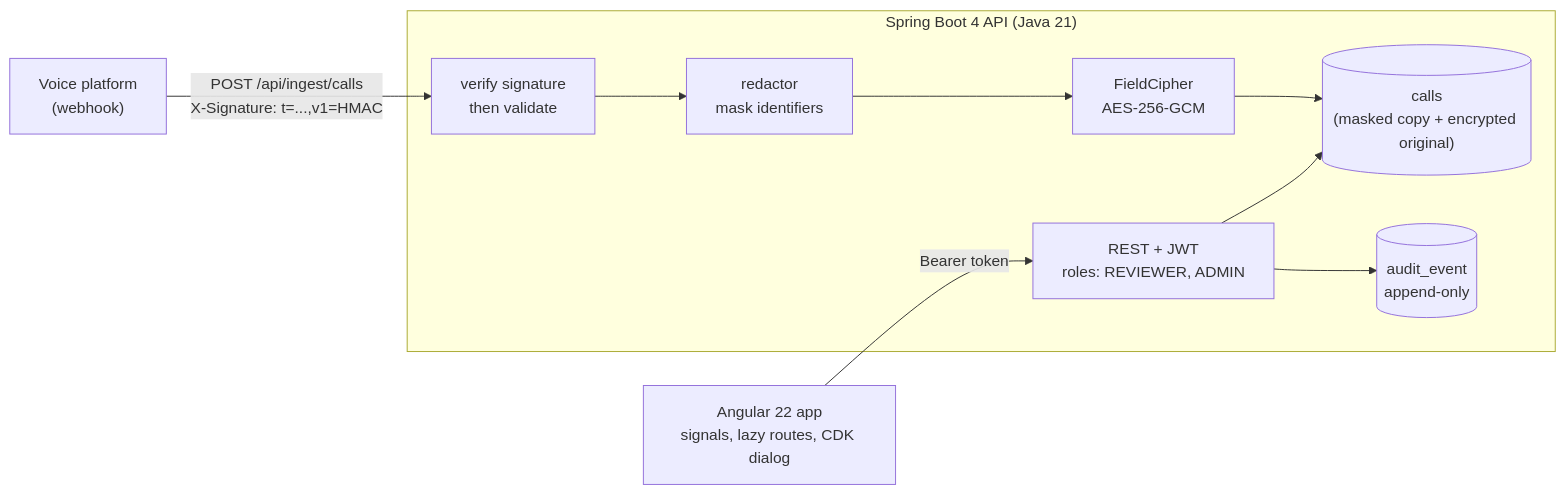
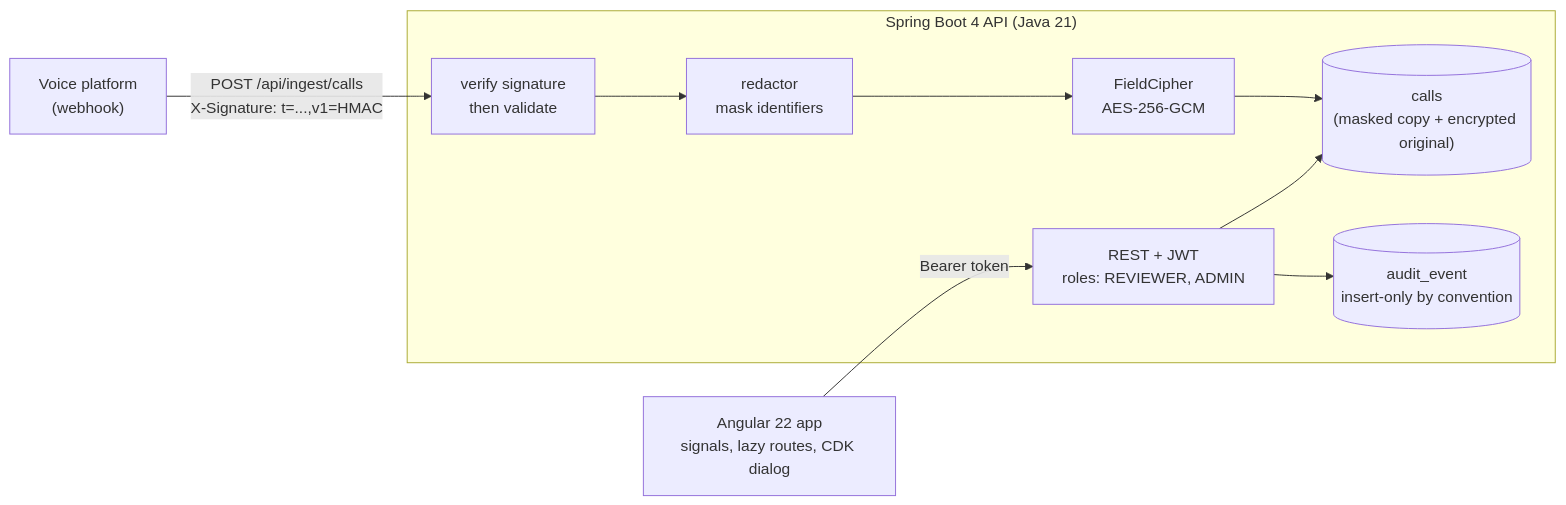
Before and after one commit to Exalt24/clinic-call-console: the diagram in README.md, drawn with Mermaid. The commit also changed other lines of this file, not shown here.

Commit message:
Correct the Java test count to 72 and say that the audit table is insert-only by convention and that attempts during a lockout are not recorded, since a skeptical read found each claim stronger than the code

````diff
--- a/README.md
+++ b/README.md
@@ -32,12 +32,12 @@
 ```mermaid
 flowchart LR
   voice["Voice platform<br/>(webhook)"] -- "POST /api/ingest/calls<br/>X-Signature: t=...,v1=HMAC" --> ingest
   subgraph api["Spring Boot 4 API (Java 21)"]
     ingest["verify signature<br/>then validate"] --> redact["redactor<br/>mask identifiers"]
     redact --> enc["FieldCipher<br/>AES-256-GCM"]
     enc --> db[("calls<br/>(masked copy + encrypted original)")]
     rest["REST + JWT<br/>roles: REVIEWER, ADMIN"] --> db
-    rest --> audit[("audit_event<br/>append-only")]
+    rest --> audit[("audit_event<br/>insert-only by convention")]
   end
   ng["Angular 22 app<br/>signals, lazy routes, CDK dialog"] -- "Bearer token" --> rest
 ```
````
